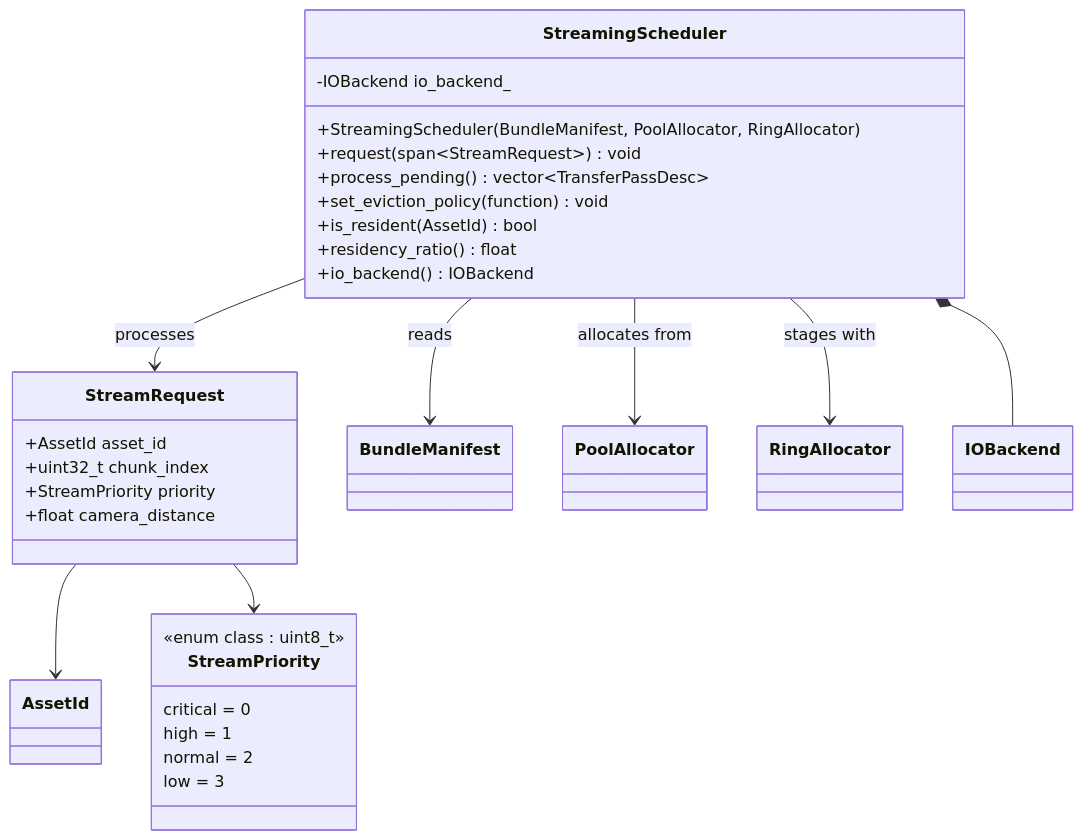
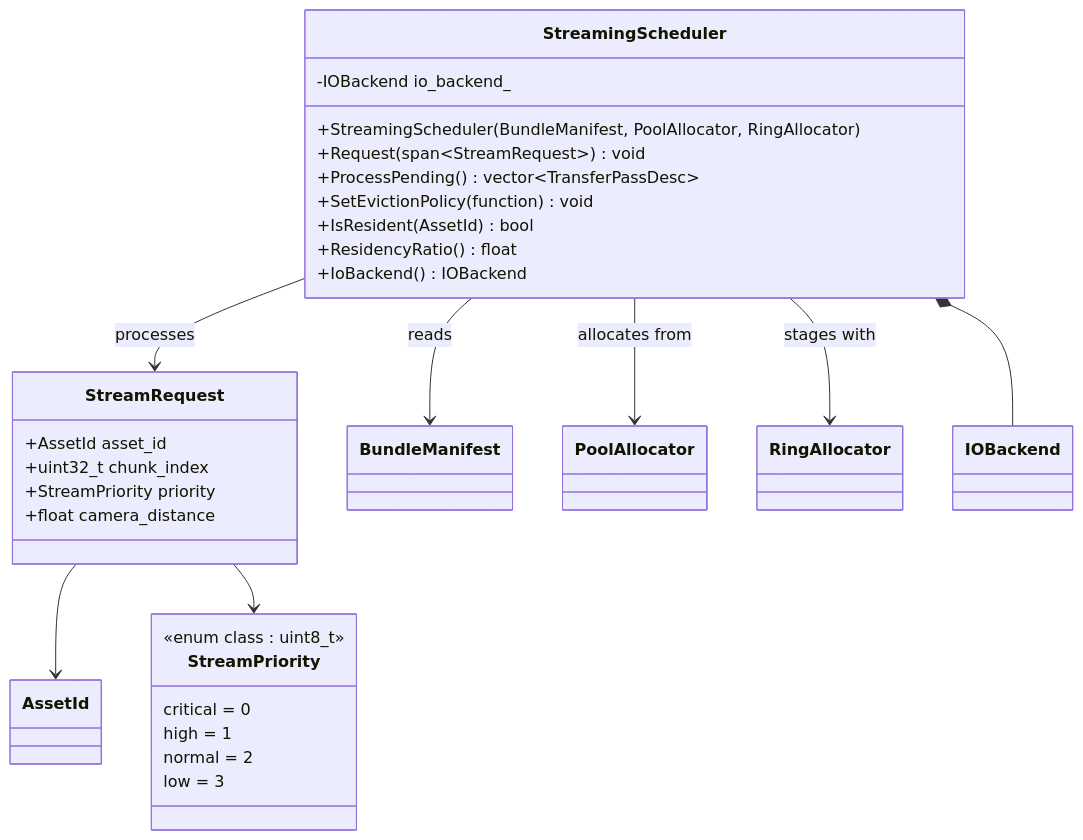
One commit to harmonius-dev/harmonius changed the fifth of 12 diagrams in docs/design/asset-pipeline-classes.md. Above: the diagram before and after it, drawn with Mermaid. The commit also changed other lines of this file and 67 other files, not shown here.

````diff
--- a/docs/design/asset-pipeline-classes.md
+++ b/docs/design/asset-pipeline-classes.md
@@ -193,34 +193,34 @@
 ```mermaid
 classDiagram
     class StreamPriority {
         <<enum class : uint8_t>>
         critical = 0
         high = 1
         normal = 2
         low = 3
     }
     class StreamRequest {
         +AssetId asset_id
         +uint32_t chunk_index
         +StreamPriority priority
         +float camera_distance
     }
     class StreamingScheduler {
         +StreamingScheduler(BundleManifest, PoolAllocator, RingAllocator)
-        +request(span~StreamRequest~) void
-        +process_pending() vector~TransferPassDesc~
-        +set_eviction_policy(function) void
-        +is_resident(AssetId) bool
-        +residency_ratio() float
-        +io_backend() IOBackend
+        +Request(span~StreamRequest~) void
+        +ProcessPending() vector~TransferPassDesc~
+        +SetEvictionPolicy(function) void
+        +IsResident(AssetId) bool
+        +ResidencyRatio() float
+        +IoBackend() IOBackend
         -IOBackend io_backend_
     }
 
     StreamRequest --> AssetId
     StreamRequest --> StreamPriority
     StreamingScheduler --> StreamRequest : processes
     StreamingScheduler --> BundleManifest : reads
     StreamingScheduler --> PoolAllocator : allocates from
     StreamingScheduler --> RingAllocator : stages with
     StreamingScheduler *-- IOBackend
 ```
````
